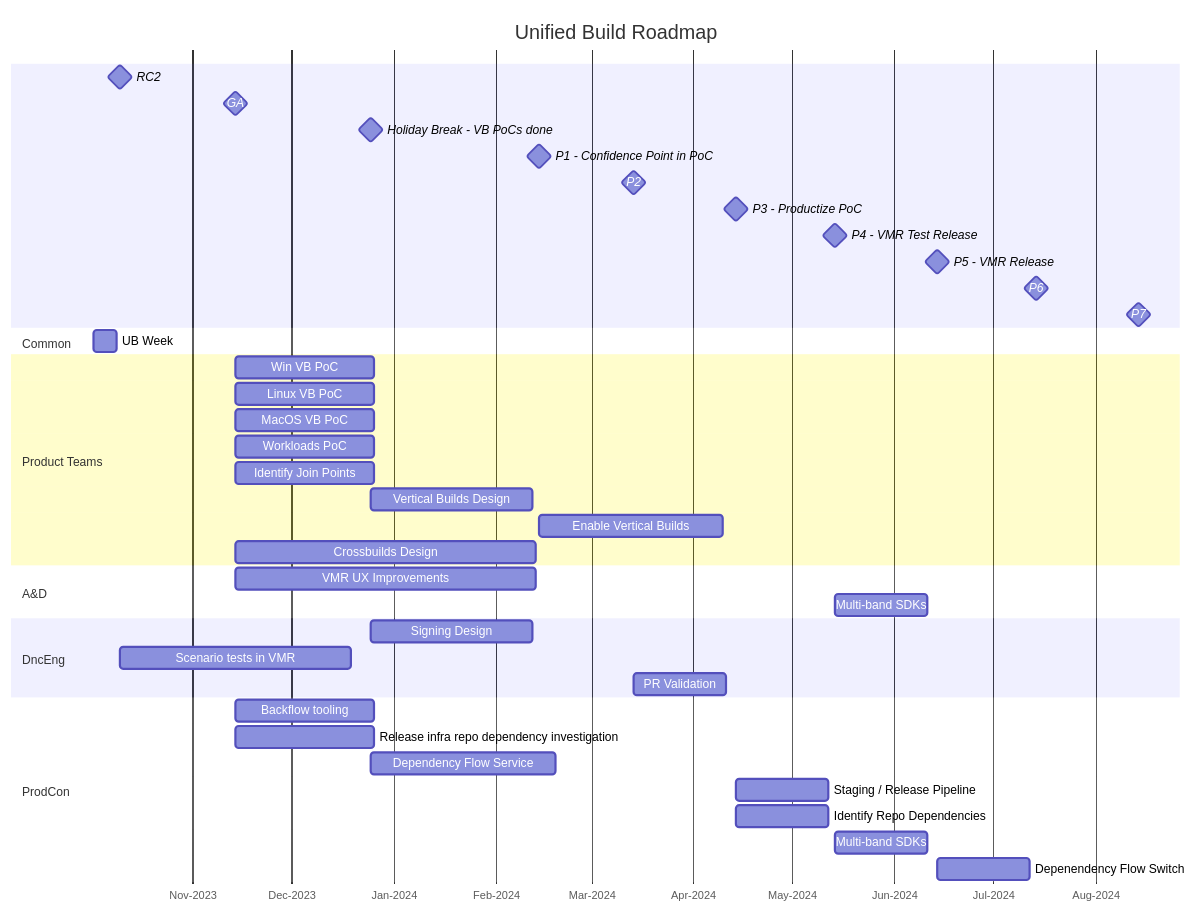
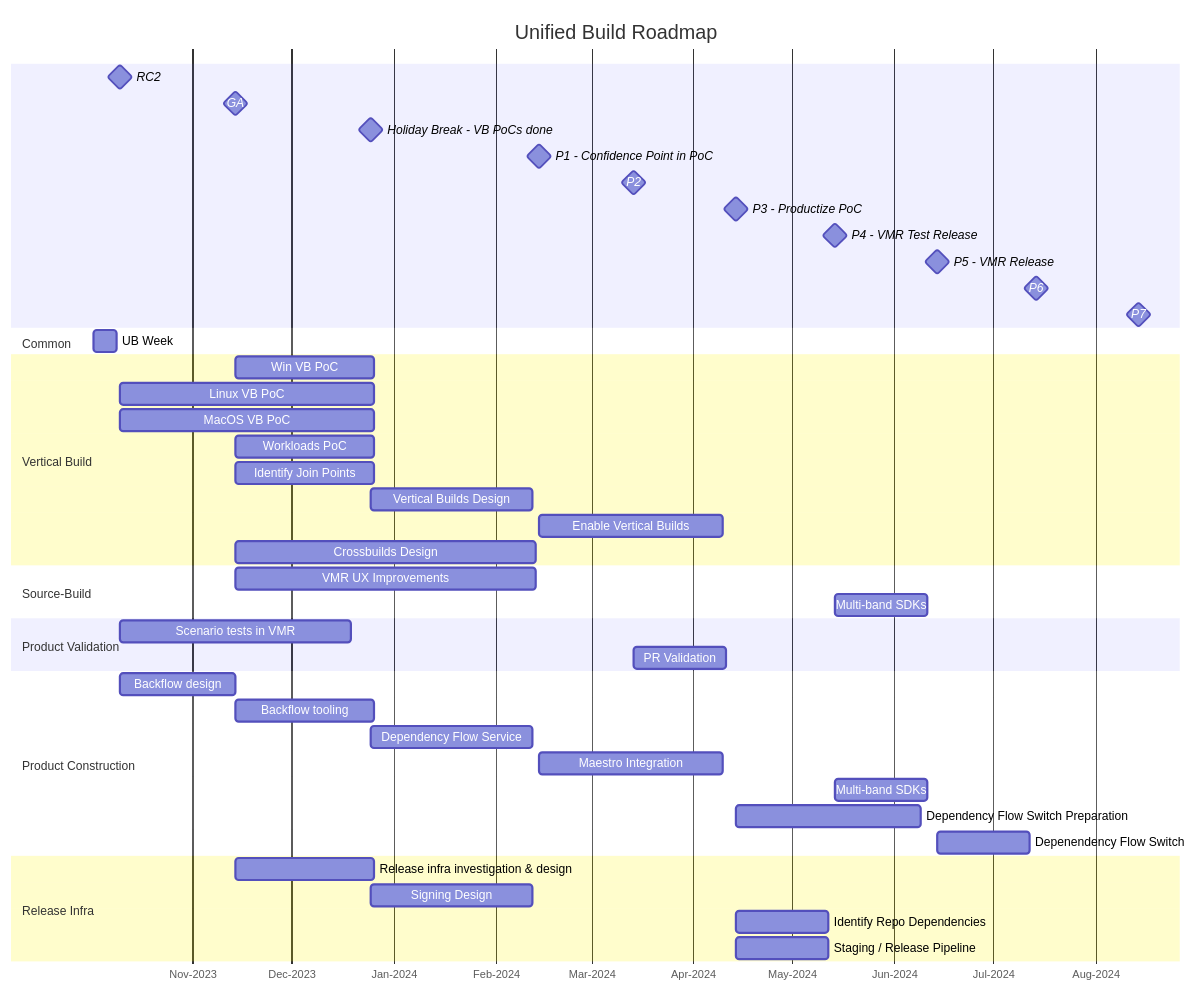
The diagram in Documentation/UnifiedBuild/UB-Roadmap-Gantt.md (dotnet/arcade), drawn with Mermaid before and after one commit. The commit also changed other lines of this file, not shown here.

Commit message:
Updated UB roadmap (#14113)

````diff
--- a/Documentation/UnifiedBuild/UB-Roadmap-Gantt.md
+++ b/Documentation/UnifiedBuild/UB-Roadmap-Gantt.md
@@ -3,47 +3,53 @@
 ```mermaid
 gantt
     title Unified Build Roadmap
     axisFormat %b-%Y
     RC2: milestone, net8-rc2, 2023-10-10, 0
     GA: milestone, net8-ga, 2023-11-14, 0
     Holiday Break - VB PoCs done: milestone, holiday, 2023-12-25, 0
     %% delta between Holiday and P1 is 7w
     P1 - Confidence Point in PoC: milestone, net9-p1, 2024-02-14, 0
     P2: milestone, net9-p2, 2024-03-14, 0
     P3 - Productize PoC: milestone, net9-p3, 2024-04-14, 0
     P4 - VMR Test Release: milestone, net9-p4, 2024-05-14, 0
     P5 - VMR Release: milestone, net9-p5, 2024-06-14, 0
     P6: milestone, net9-p6, 2024-07-14, 0
     P7: milestone, net9-p7, 2024-08-14, 0
  
     section Common
         UB Week: ub-week, 2023-10-02, 1w
 
-    section Product Teams
+    section Vertical Build
         Win VB PoC: after net8-ga, 6w
-        Linux VB PoC: after net8-ga, 6w
-        MacOS VB PoC: after net8-ga, 6w
+        Linux VB PoC: after net8-rc2, 11w
+        MacOS VB PoC: after net8-rc2, 11w
         Workloads PoC: after net8-ga, 6w
         Identify Join Points: after net8-ga, 6w
         Vertical Builds Design: after holiday, 7w
         Enable Vertical Builds: after net9-p1, 8w
         Crossbuilds Design: after net8-ga, 13w
 
-    section A&D
+    section Source-Build
         VMR UX Improvements: after net8-ga, 13w
         Multi-band SDKs: after net9-p4, 4w
 
-    section DncEng
-        Signing Design: after holiday, 7w
+    section Product Validation
         Scenario tests in VMR: after net8-rc2, 10w
         PR Validation: after net9-p2, 4w
 
-    section ProdCon
+    section Product Construction
+        Backflow design: after net8-rc2, 5w
         Backflow tooling: after net8-ga, 6w
-        Release infra repo dependency investigation: after net8-ga, 6w
-        Dependency Flow Service: after holiday, 8w
+        Dependency Flow Service: after holiday, 7w
+        Maestro Integration: after net9-p1, 8w
+
+        Multi-band SDKs: after net9-p4, 4w
+        Dependency Flow Switch Preparation: after net9-p3, 8w
+        Depenendency Flow Switch: after net9-p5, 4w
+
+    section Release Infra
+        Release infra investigation & design: after net8-ga, 6w
+        Signing Design: after holiday, 7w
+        Identify Repo Dependencies: after net9-p3, 4w
         Staging / Release Pipeline: after net9-p3, 4w
-        Identify Repo Dependencies: after net9-p3, 4w
-        Multi-band SDKs: after net9-p4, 4w
-        Depenendency Flow Switch: after net9-p5, 4w
 ```
````
